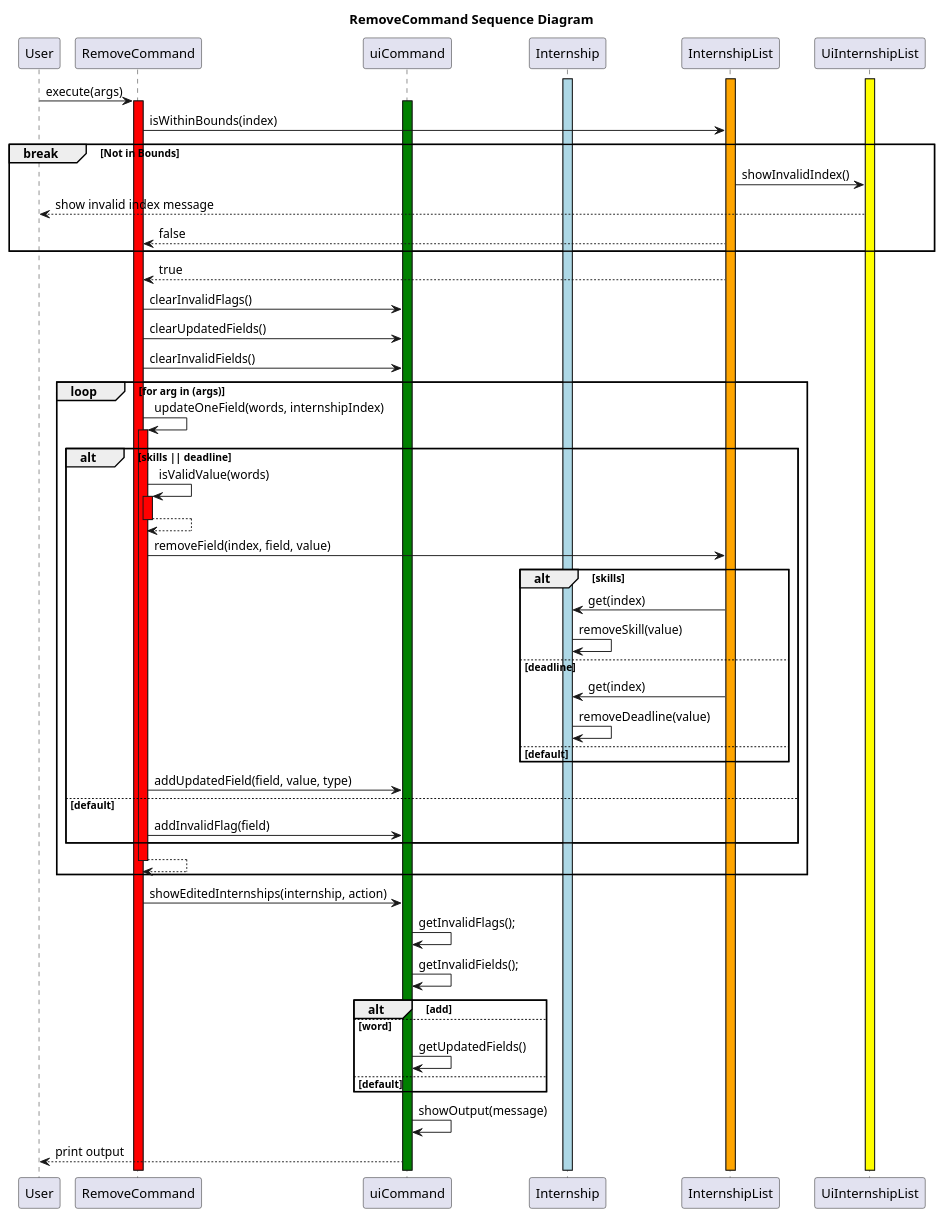
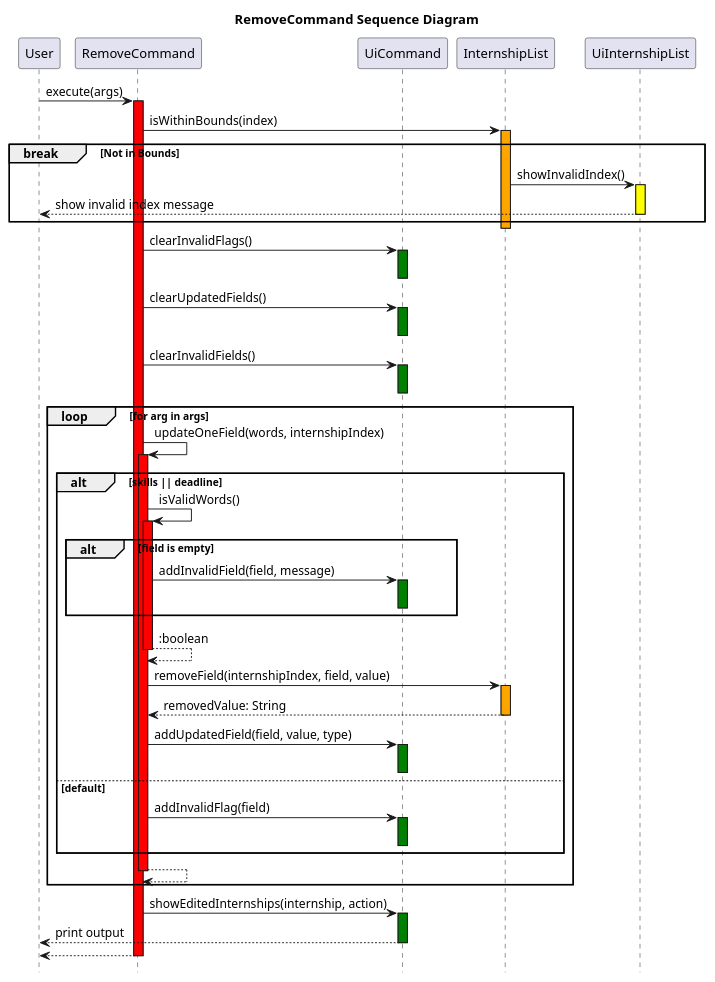
One commit to nus-cs2113-AY2425S1/tp changed the diagram in docs/UML/RemoveCommand.puml. Above: the diagram before and after it, drawn with PlantUML. The commit also changed 2 other files, not shown here.

Commit message:
Edit RemoveCommand Sequence Diagram

```diff
--- a/docs/UML/RemoveCommand.puml
+++ b/docs/UML/RemoveCommand.puml
@@ -1,78 +1,81 @@
 @startuml
 title RemoveCommand Sequence Diagram
+hide footbox
 
 participant User
 participant RemoveCommand
-participant uiCommand
-participant Internship
+participant UiCommand
 participant InternshipList
 participant UiInternshipList
 
-activate InternshipList #orange
-activate UiInternshipList #yellow
-activate Internship #lightblue
-
 User -> RemoveCommand:execute(args)
 activate RemoveCommand #red
-activate uiCommand #green
 
 RemoveCommand -> InternshipList:isWithinBounds(index)
+activate InternshipList #orange
+
 break Not in Bounds
     InternshipList -> UiInternshipList:showInvalidIndex()
+    activate UiInternshipList #yellow
     UiInternshipList --> User:show invalid index message
-    InternshipList --> RemoveCommand: false
+    deactivate UiInternshipList
 end
 
-InternshipList --> RemoveCommand: true
+deactivate InternshipList
 
-RemoveCommand -> uiCommand:clearInvalidFlags()
-RemoveCommand -> uiCommand:clearUpdatedFields()
-RemoveCommand -> uiCommand:clearInvalidFields()
+RemoveCommand -> UiCommand:clearInvalidFlags()
+activate UiCommand #green
+deactivate UiCommand
 
-loop for arg in (args)
+RemoveCommand -> UiCommand:clearUpdatedFields()
+activate UiCommand #green
+deactivate UiCommand
+
+RemoveCommand -> UiCommand:clearInvalidFields()
+activate UiCommand #green
+deactivate UiCommand
+
+loop for arg in args
     RemoveCommand -> RemoveCommand:updateOneField(words, internshipIndex)
     activate RemoveCommand #red
     alt skills || deadline
-        RemoveCommand -> RemoveCommand:isValidValue(words)
+        RemoveCommand -> RemoveCommand:isValidWords()
         activate RemoveCommand #red
-        RemoveCommand --> RemoveCommand
+
+        alt field is empty
+            RemoveCommand -> UiCommand:addInvalidField(field, message)
+            activate UiCommand #green
+            deactivate UiCommand
+        end
+
+        RemoveCommand --> RemoveCommand: :boolean
         deactivate RemoveCommand
 
-        RemoveCommand -> InternshipList:removeField(index, field, value)
-        alt skills
-            InternshipList -> Internship:get(index)
-            Internship -> Internship:removeSkill(value)
-        else deadline
-            InternshipList -> Internship:get(index)
-            Internship -> Internship:removeDeadline(value)
-        else default
-        end
+        RemoveCommand -> InternshipList:removeField(internshipIndex, field, value)
+        activate InternshipList #orange
+        InternshipList --> RemoveCommand:removedValue: String
+        deactivate InternshipList
 
-        RemoveCommand -> uiCommand:addUpdatedField(field, value, type)
+        RemoveCommand -> UiCommand:addUpdatedField(field, value, type)
+        activate UiCommand #green
+        deactivate UiCommand
 
     else default
-        RemoveCommand -> uiCommand:addInvalidFlag(field)
+        RemoveCommand -> UiCommand:addInvalidFlag(field)
+        activate UiCommand #green
+        deactivate UiCommand
     end
 
     RemoveCommand --> RemoveCommand
     deactivate RemoveCommand
 end
 
-RemoveCommand -> uiCommand:showEditedInternships(internship, action)
+RemoveCommand -> UiCommand:showEditedInternships(internship, action)
+activate UiCommand #green
+UiCommand --> User:print output
+deactivate UiCommand
 
-uiCommand -> uiCommand:getInvalidFlags();
-uiCommand -> uiCommand:getInvalidFields();
-
-alt add
-
-else word
- uiCommand -> uiCommand:getUpdatedFields()
-
-else default
-
-end
-
-uiCommand -> uiCommand:showOutput(message)
-uiCommand --> User:print output
+RemoveCommand --> User
+deactivate RemoveCommand
 
 @enduml
```
